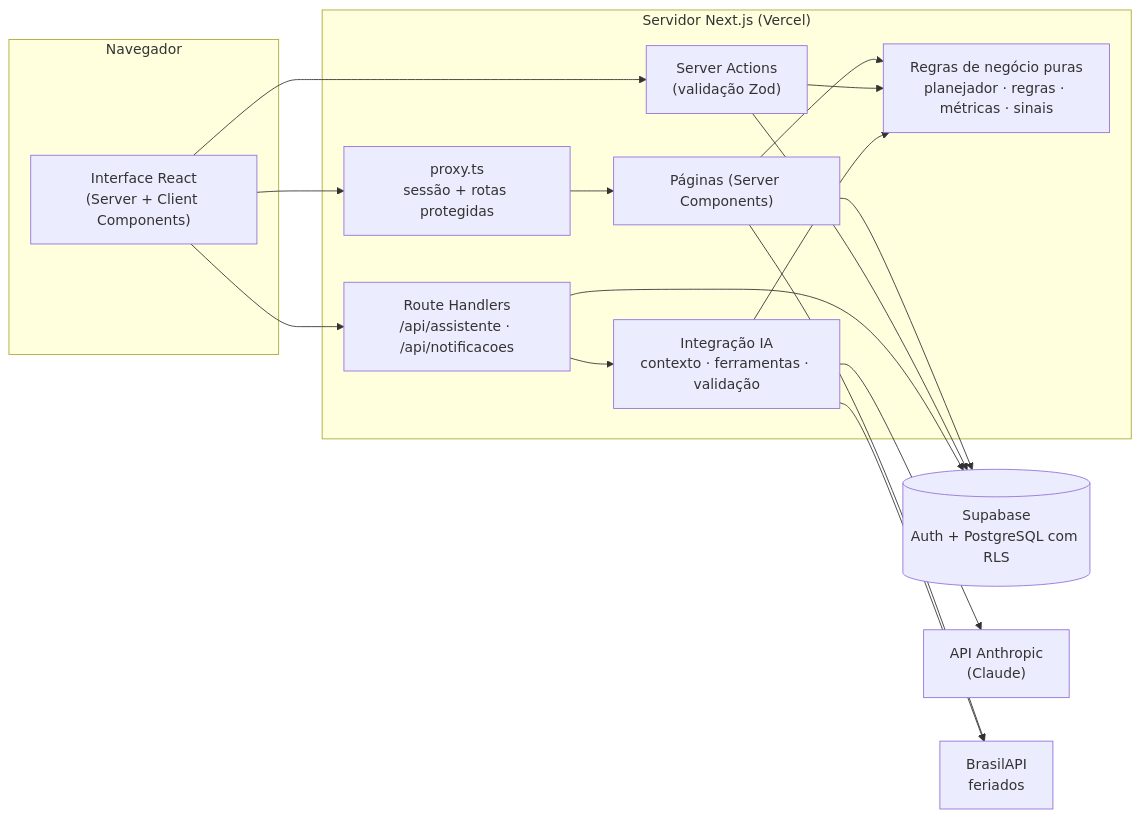
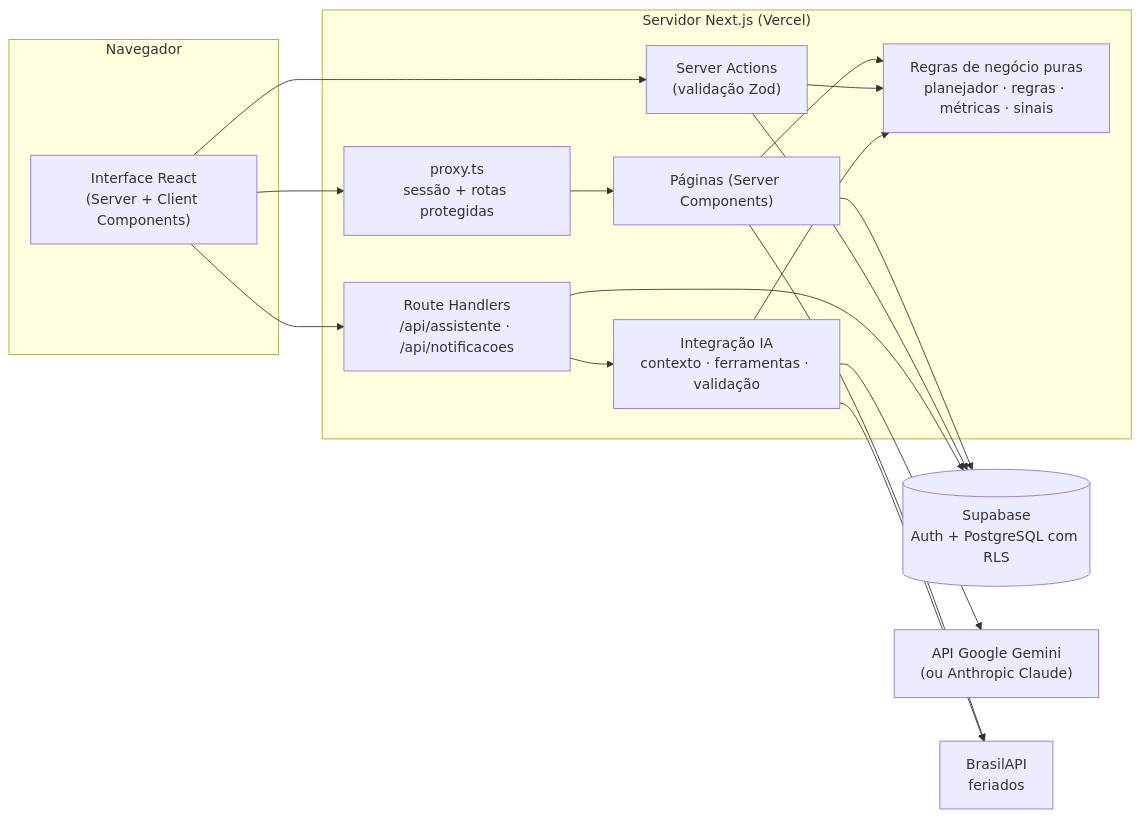
The first of 2 diagrams in docs/arquitetura-aplicacao.md (guilhermeteixeira05/NEXO), drawn with Mermaid before and after one commit. The commit also changed other lines of this file and 21 other files, not shown here.

````diff
--- a/docs/arquitetura-aplicacao.md
+++ b/docs/arquitetura-aplicacao.md
@@ -5,30 +5,30 @@
 ```mermaid
 flowchart LR
     subgraph Navegador
         UI["Interface React<br/>(Server + Client Components)"]
     end
     subgraph Vercel["Servidor Next.js (Vercel)"]
         PX["proxy.ts<br/>sessão + rotas protegidas"]
         RSC["Páginas (Server Components)"]
         SA["Server Actions<br/>(validação Zod)"]
         API["Route Handlers<br/>/api/assistente · /api/notificacoes"]
         DOM["Regras de negócio puras<br/>planejador · regras · métricas · sinais"]
         AI["Integração IA<br/>contexto · ferramentas · validação"]
     end
     SB[("Supabase<br/>Auth + PostgreSQL com RLS")]
-    CL["API Anthropic<br/>(Claude)"]
+    CL["API Google Gemini<br/>(ou Anthropic Claude)"]
     BR["BrasilAPI<br/>feriados"]
 
     UI --> PX --> RSC
     UI --> SA
     UI --> API
     RSC --> DOM
     SA --> DOM
     API --> AI --> CL
     AI --> DOM
     RSC --> SB
     SA --> SB
     API --> SB
     RSC --> BR
     AI --> BR
 ```
````
